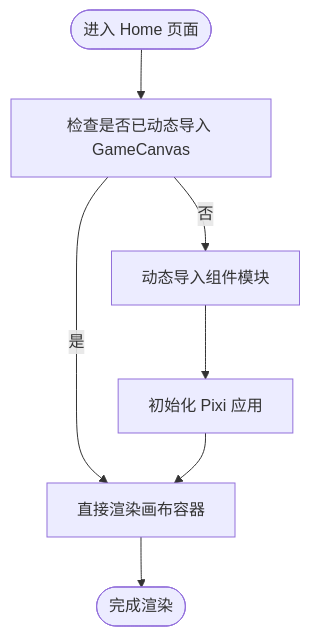
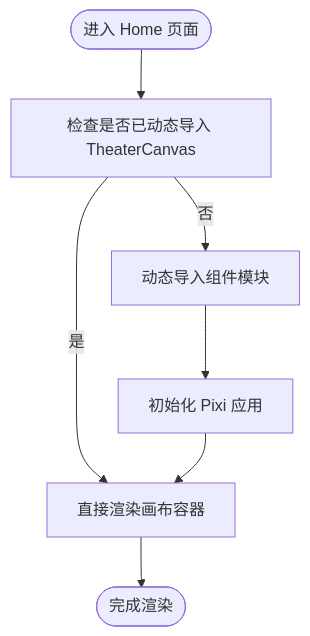
Before and after one commit to KunLabAI/KunFlix: the third of 6 diagrams in .qoder/repowiki/zh/content/部署指南/性能优化/前端性能优化.md, drawn with Mermaid. The commit also changed other lines of this file and 112 other files, not shown here.

````diff
--- a/.qoder/repowiki/zh/content/部署指南/性能优化/前端性能优化.md
+++ b/.qoder/repowiki/zh/content/部署指南/性能优化/前端性能优化.md
@@ -117,9 +117,9 @@
 ```mermaid
 flowchart TD
-Start(["进入 Home 页面"]) --> Check["检查是否已动态导入 GameCanvas"]
+Start(["进入 Home 页面"]) --> Check["检查是否已动态导入 TheaterCanvas"]
 Check --> |否| DynamicImport["动态导入组件模块"]
 Check --> |是| Render["直接渲染画布容器"]
 DynamicImport --> InitPixi["初始化 Pixi 应用"]
 InitPixi --> Render
 Render --> End(["完成渲染"])
 ```
````
